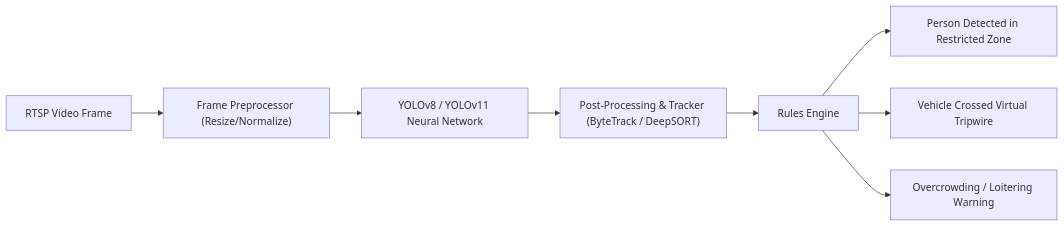
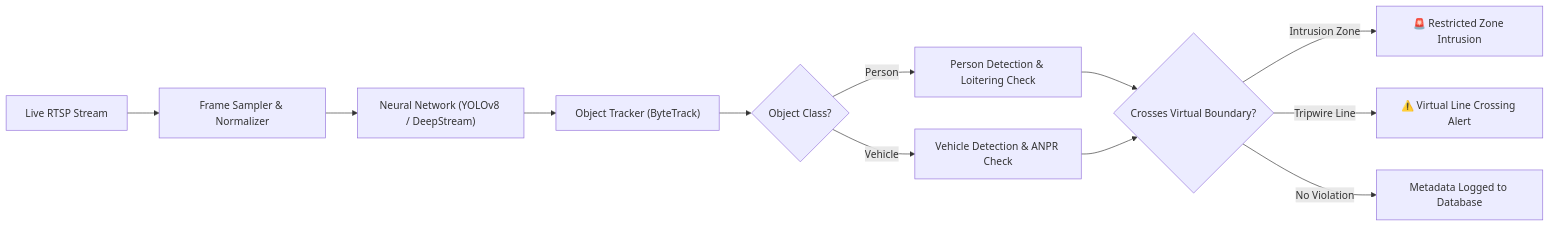
The second of 3 diagrams in ENTERPRISE_VMS_IMPLEMENTATION_PLAN.md (Avinash12122002/aegis-vms), drawn with Mermaid before and after one commit. The commit also changed other lines of this file, not shown here.

Commit message:
docs: enrich ENTERPRISE_VMS_IMPLEMENTATION_PLAN.md with comprehensive 30-point VMS knowledge, diagrams, and flows

````diff
--- a/ENTERPRISE_VMS_IMPLEMENTATION_PLAN.md
+++ b/ENTERPRISE_VMS_IMPLEMENTATION_PLAN.md
@@ -250,11 +340,16 @@
 ```mermaid
-graph LR
-    Frame["RTSP Video Frame"] --> Pre["Frame Preprocessor (Resize/Normalize)"]
-    Pre --> Model["YOLOv8 / YOLOv11 Neural Network"]
-    Model --> Post["Post-Processing & Tracker (ByteTrack / DeepSORT)"]
-    Post --> Rules["Rules Engine"]
+flowchart LR
+    RTSPStream["Live RTSP Stream"] --> PreProcess["Frame Sampler & Normalizer"]
+    PreProcess --> YOLO["Neural Network (YOLOv8 / DeepStream)"]
+    YOLO --> Tracker["Object Tracker (ByteTrack)"]
+    Tracker --> Classifier{"Object Class?"}
 
-    Rules --> Alert1["Person Detected in Restricted Zone"]
-    Rules --> Alert2["Vehicle Crossed Virtual Tripwire"]
-    Rules --> Alert3["Overcrowding / Loitering Warning"]
+    Classifier -->|Person| PersonEngine["Person Detection & Loitering Check"]
+    Classifier -->|Vehicle| VehicleEngine["Vehicle Detection & ANPR Check"]
+
+    PersonEngine & VehicleEngine --> RuleValidator{"Crosses Virtual Boundary?"}
+    
+    RuleValidator -->|Intrusion Zone| Alarm1["🚨 Restricted Zone Intrusion"]
+    RuleValidator -->|Tripwire Line| Alarm2["⚠️ Virtual Line Crossing Alert"]
+    RuleValidator -->|No Violation| PassiveLog["Metadata Logged to Database"]
 ```
````
